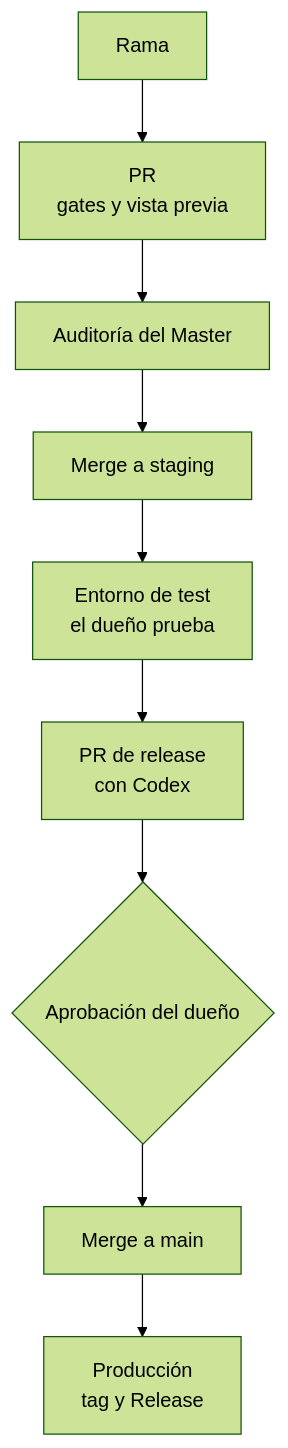
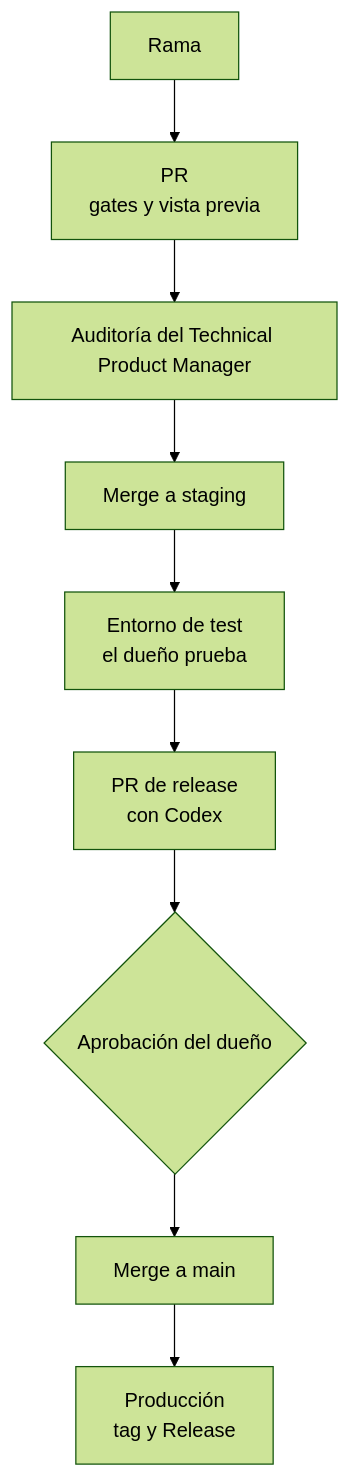
One commit to Gelpy/gelpy changed the diagram in i18n/es/docusaurus-plugin-content-docs/current/framework/delivery.md. Above: the diagram before and after it, drawn with Mermaid (forest theme). The commit also changed other lines of this file and 14 other files, not shown here.

````diff
--- a/i18n/es/docusaurus-plugin-content-docs/current/framework/delivery.md
+++ b/i18n/es/docusaurus-plugin-content-docs/current/framework/delivery.md
@@ -66,11 +66,11 @@
 ```mermaid
 flowchart TB
   branch[Rama] --> pr[PR<br/>gates y vista previa]
-  pr --> audit[Auditoría del Master]
+  pr --> audit[Auditoría del Technical Product Manager]
   audit --> staging[Merge a staging]
   staging --> test[Entorno de test<br/>el dueño prueba]
   test --> release[PR de release<br/>con Codex]
   release --> approval{Aprobación del dueño}
   approval --> main[Merge a main]
   main --> prod[Producción<br/>tag y Release]
 ```
````
